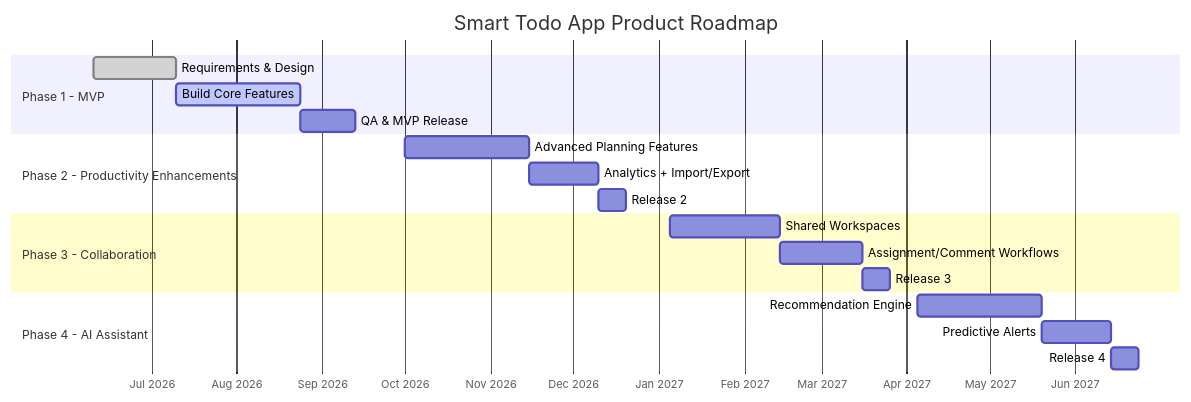
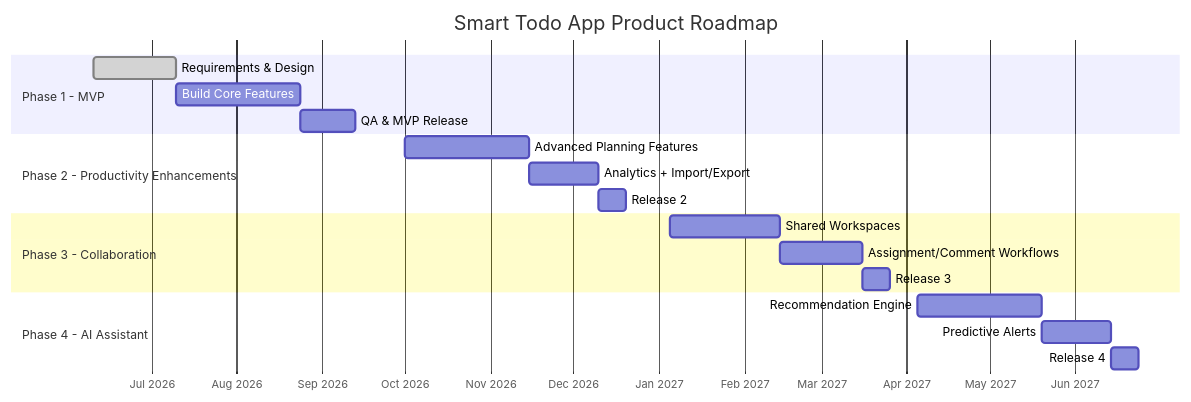
Before and after one commit to sayef-reyadh/smart-todo: the diagram in docs/27-project-roadmap.md, drawn with Mermaid. The commit also changed other lines of this file and 6 other files, not shown here.

````diff
--- a/docs/27-project-roadmap.md
+++ b/docs/27-project-roadmap.md
@@ -19,25 +19,25 @@
 ```mermaid
 gantt
     title Smart Todo App Product Roadmap
     dateFormat  YYYY-MM-DD
     axisFormat  %b %Y
     section Phase 1 - MVP
     Requirements & Design             :done, p1a, 2026-06-10, 30d
-    Build Core Features               :active, p1b, after p1a, 45d
+    Build Core Features               :p1b, after p1a, 45d
     QA & MVP Release                  :p1c, after p1b, 20d
 
     section Phase 2 - Productivity Enhancements
     Advanced Planning Features        :p2a, 2026-10-01, 45d
     Analytics + Import/Export         :p2b, after p2a, 25d
     Release 2                         :p2c, after p2b, 10d
 
     section Phase 3 - Collaboration
     Shared Workspaces                 :p3a, 2027-01-05, 40d
     Assignment/Comment Workflows      :p3b, after p3a, 30d
     Release 3                         :p3c, after p3b, 10d
 
     section Phase 4 - AI Assistant
     Recommendation Engine             :p4a, 2027-04-05, 45d
     Predictive Alerts                 :p4b, after p4a, 25d
     Release 4                         :p4c, after p4b, 10d
 ```
````
